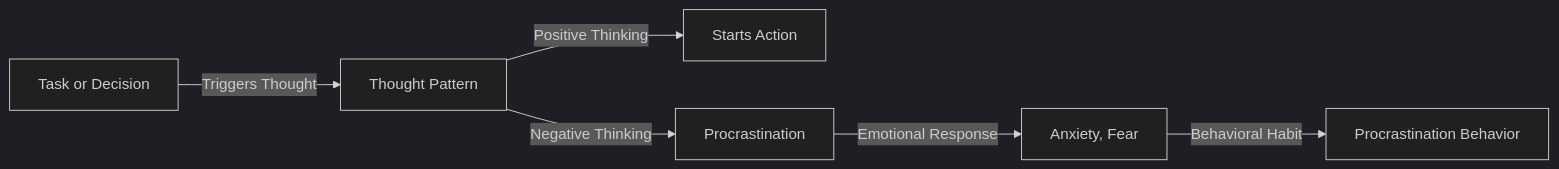
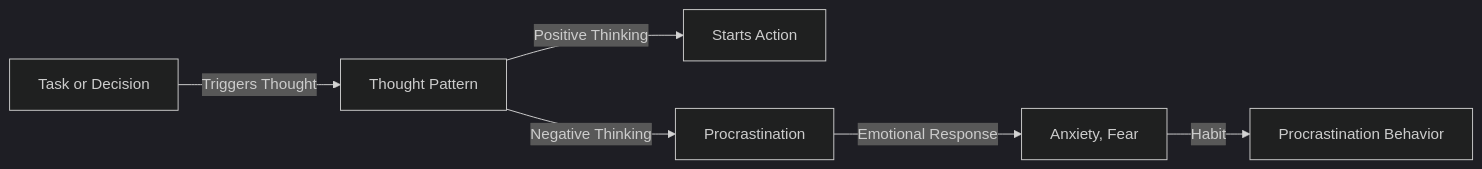
Before and after one commit to a920604a/engineernews: the diagram in src/content/posts/learning/2026-05-02-sWBKLUdzn98.en.md, drawn with Mermaid (dark theme). The commit also changed other lines of this file and 49 other files, not shown here.

````diff
--- a/src/content/posts/learning/2026-05-02-sWBKLUdzn98.en.md
+++ b/src/content/posts/learning/2026-05-02-sWBKLUdzn98.en.md
@@ -29,8 +23,8 @@
 ```mermaid
 graph LR
     A[Task or Decision] -->| Triggers Thought | B[Thought Pattern]
     B -->| Positive Thinking | C[Starts Action]
     B -->| Negative Thinking | D[Procrastination]
     D -->| Emotional Response | E[Anxiety, Fear]
-    E -->| Behavioral Habit | F[Procrastination Behavior]
+    E -->| Habit | F[Procrastination Behavior]
 ```
````
